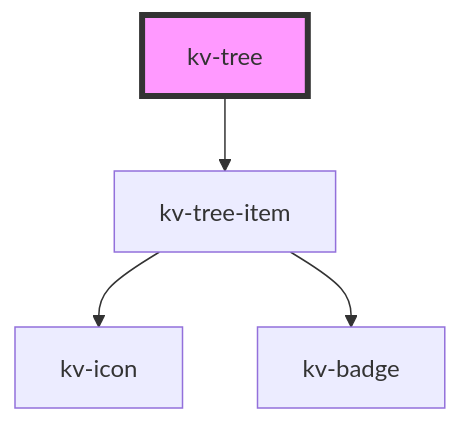
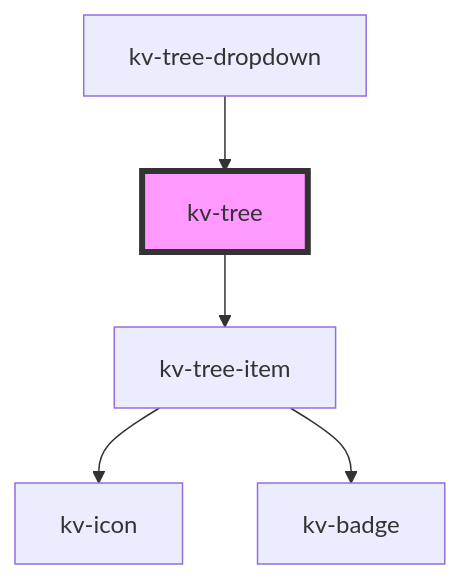
Before and after one commit to kelvininc/ui-components: the diagram in packages/ui-components/src/components/tree/readme.md, drawn with Mermaid. The commit also changed other lines of this file and 15 other files, not shown here.

Commit message:
feat: add dropdown tree component [KMAPS-423]

````diff
--- a/packages/ui-components/src/components/tree/readme.md
+++ b/packages/ui-components/src/components/tree/readme.md
@@ -150,7 +156,8 @@
 ```mermaid
 graph TD;
   kv-tree --> kv-tree-item
   kv-tree-item --> kv-icon
   kv-tree-item --> kv-badge
+  kv-tree-dropdown --> kv-tree
   style kv-tree fill:#f9f,stroke:#333,stroke-width:4px
 ```
````
